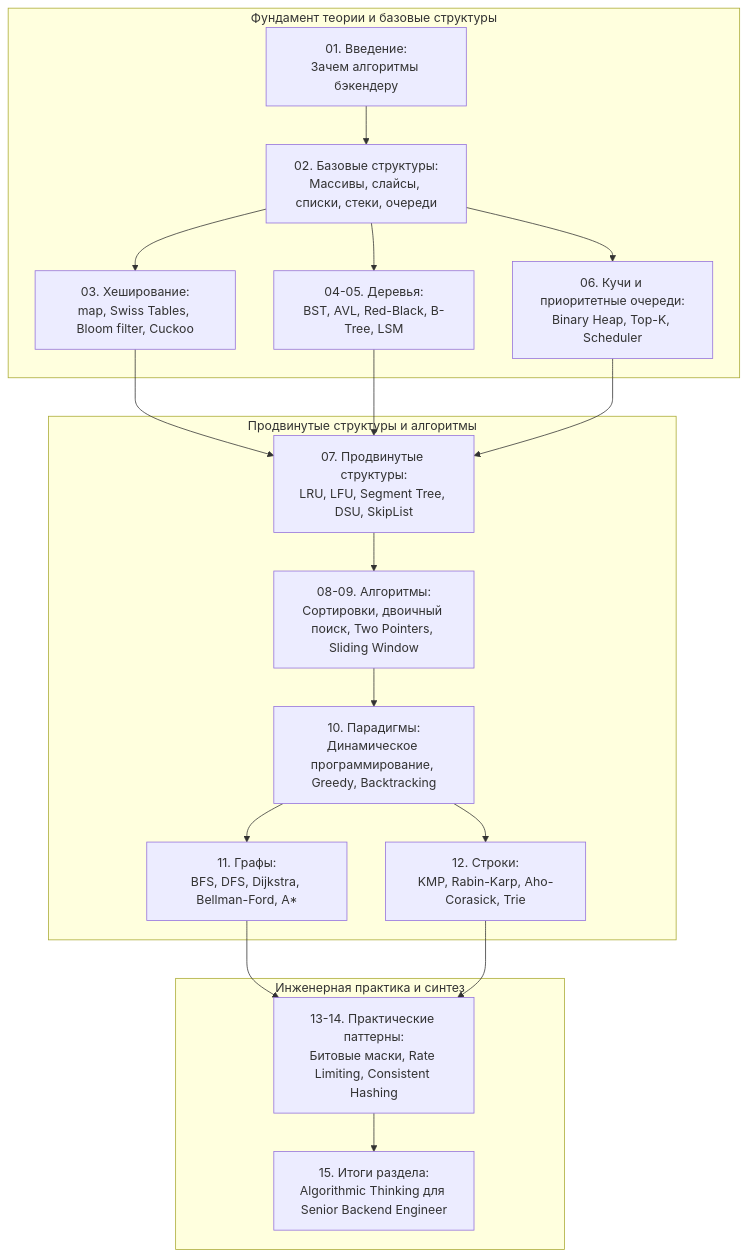
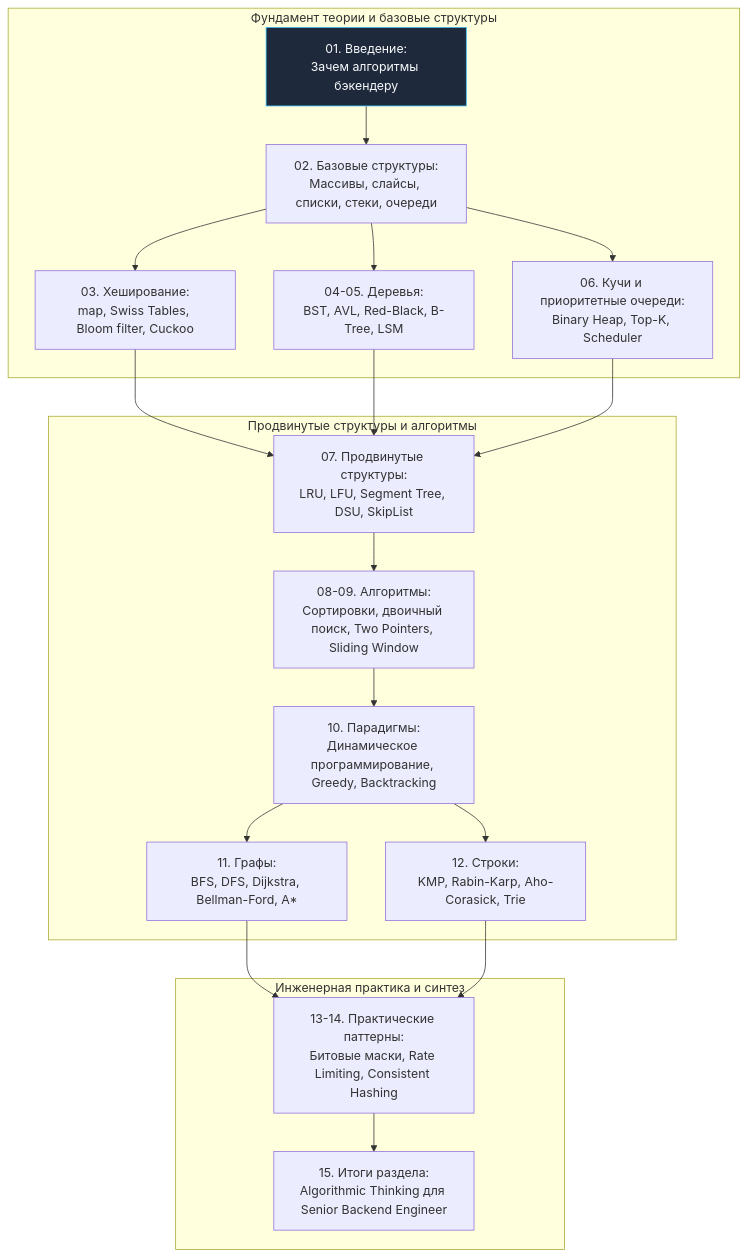
Before and after one commit to UnrealTemplier/go-textbook: the third of 3 diagrams in sources/20. Алгоритмы и структуры данных (DSA) на Go/01. Введение/1. Обзор раздела. Зачем алгоритмы и структуры данных backend разработчику.md, drawn with Mermaid. The commit also changed other lines of this file and 1666 other files, not shown here.

First line of the commit message:
feat(mermaid): add semantic color classDef to 1369 colorless flowchart/graph diagrams

````diff
--- a/sources/20. Алгоритмы и структуры данных (DSA) на Go/01. Введение/1. Обзор раздела. Зачем алгоритмы и структуры данных backend разработчику.md
+++ b/sources/20. Алгоритмы и структуры данных (DSA) на Go/01. Введение/1. Обзор раздела. Зачем алгоритмы и структуры данных backend разработчику.md
@@ -242,25 +262,35 @@
 ```mermaid
 flowchart TD
+    classDef process  fill:#1e293b,stroke:#38bdf8,stroke-width:1px,color:#f8fafc
+    classDef success  fill:#064e3b,stroke:#34d399,stroke-width:1px,color:#f8fafc
+    classDef error    fill:#7f1d1d,stroke:#f87171,stroke-width:1px,color:#f8fafc
+    classDef warning  fill:#78350f,stroke:#fbbf24,stroke-width:1px,color:#f8fafc
+    classDef entry    fill:#1e3a5f,stroke:#38bdf8,stroke-width:2px,color:#f8fafc
+    classDef aux      fill:#334155,stroke:#64748b,stroke-width:1px,color:#f8fafc
+    classDef system   fill:#312e81,stroke:#a78bfa,stroke-width:1px,color:#f8fafc
+    classDef data     fill:#132d29,stroke:#2dd4bf,stroke-width:1px,color:#f8fafc
+    classDef network  fill:#881337,stroke:#fb7185,stroke-width:1px,color:#f8fafc
+    classDef accent   fill:#1e1b4b,stroke:#818cf8,stroke-width:1px,color:#f8fafc
     subgraph Part1["Фундамент теории и базовые структуры"]
-        A["01. Введение:<br>Зачем алгоритмы бэкендеру"] --> B["02. Базовые структуры:<br>Массивы, слайсы, списки, стеки, очереди"]
+        A["01. Введение:<br>Зачем алгоритмы бэкендеру"]:::process --> B["02. Базовые структуры:<br>Массивы, слайсы, списки, стеки, очереди"]
         B --> C["03. Хеширование:<br>map, Swiss Tables, Bloom filter, Cuckoo"]
         B --> D["04-05. Деревья:<br>BST, AVL, Red-Black, B-Tree, LSM"]
         B --> E["06. Кучи и приоритетные очереди:<br>Binary Heap, Top-K, Scheduler"]
     end
 
     subgraph Part2["Продвинутые структуры и алгоритмы"]
         C --> F["07. Продвинутые структуры:<br>LRU, LFU, Segment Tree, DSU, SkipList"]
         D --> F
         E --> F
         F --> G["08-09. Алгоритмы:<br>Сортировки, двоичный поиск, Two Pointers, Sliding Window"]
         G --> H["10. Парадигмы:<br>Динамическое программирование, Greedy, Backtracking"]
         H --> I["11. Графы:<br>BFS, DFS, Dijkstra, Bellman-Ford, A*"]
         H --> J["12. Строки:<br>KMP, Rabin-Karp, Aho-Corasick, Trie"]
     end
 
     subgraph Part3["Инженерная практика и синтез"]
         I --> K["13-14. Практические паттерны:<br>Битовые маски, Rate Limiting, Consistent Hashing"]
         J --> K
         K --> L["15. Итоги раздела:<br>Algorithmic Thinking для Senior Backend Engineer"]
     end
 ```
````
